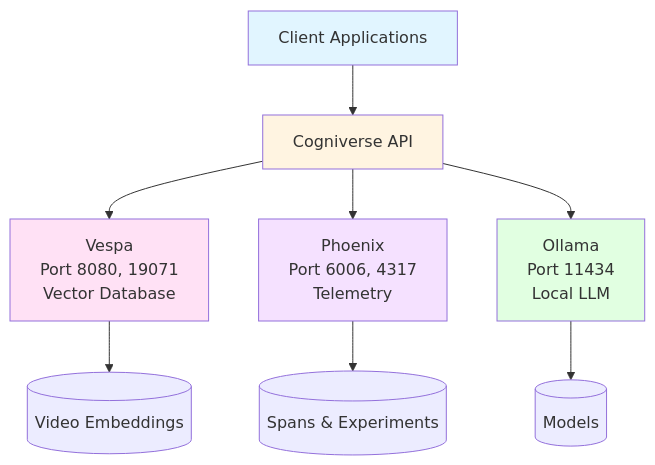
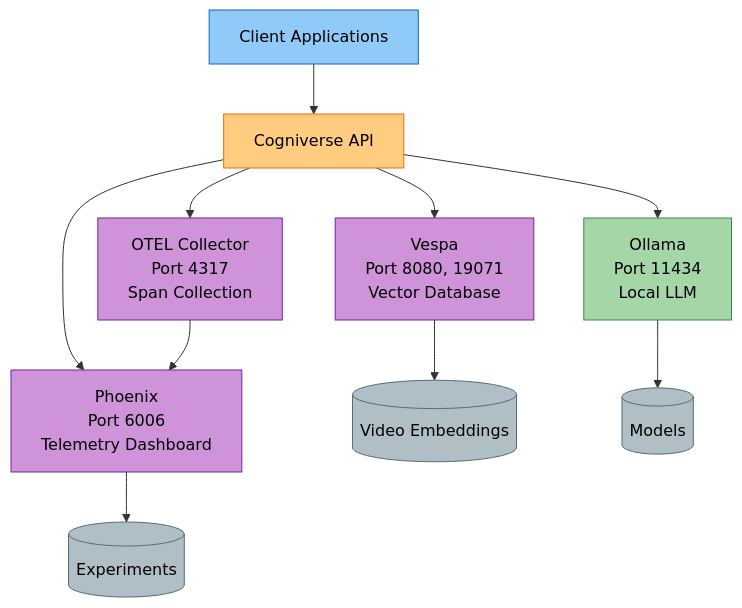
The diagram in docs/operations/deployment.md (amit-jain/cogniverse), drawn with Mermaid before and after one commit. The commit also changed other lines of this file and 83 other files, not shown here.

First line of the commit message:
Fix documentation veracity, formatting, and diagrams across all modules

````diff
--- a/docs/operations/deployment.md
+++ b/docs/operations/deployment.md
@@ -25,20 +25,26 @@
 ```mermaid
-graph TB
-    Client[Client Applications]
+flowchart TB
+    Client["<span style='color:#000'>Client Applications</span>"]
 
-    Client --> API[Cogniverse API]
+    Client --> API["<span style='color:#000'>Cogniverse API</span>"]
 
-    API --> Vespa[Vespa<br/>Port 8080, 19071<br/>Vector Database]
-    API --> Phoenix[Phoenix<br/>Port 6006, 4317<br/>Telemetry]
-    API --> Ollama[Ollama<br/>Port 11434<br/>Local LLM]
+    API --> Vespa["<span style='color:#000'>Vespa<br/>Port 8080, 19071<br/>Vector Database</span>"]
+    API --> Phoenix["<span style='color:#000'>Phoenix<br/>Port 6006<br/>Telemetry Dashboard</span>"]
+    API --> OTEL["<span style='color:#000'>OTEL Collector<br/>Port 4317<br/>Span Collection</span>"]
+    API --> Ollama["<span style='color:#000'>Ollama<br/>Port 11434<br/>Local LLM</span>"]
 
-    Vespa --> VespaData[(Video Embeddings)]
-    Phoenix --> PhoenixData[(Spans & Experiments)]
-    Ollama --> OllamaData[(Models)]
+    Vespa --> VespaData[("<span style='color:#000'>Video Embeddings</span>")]
+    Phoenix --> PhoenixData[("<span style='color:#000'>Experiments</span>")]
+    OTEL --> Phoenix
+    Ollama --> OllamaData[("<span style='color:#000'>Models</span>")]
 
-    style Client fill:#e1f5ff
-    style API fill:#fff4e1
-    style Vespa fill:#ffe1f5
-    style Phoenix fill:#f5e1ff
-    style Ollama fill:#e1ffe1
+    style Client fill:#90caf9,stroke:#1565c0,color:#000
+    style API fill:#ffcc80,stroke:#ef6c00,color:#000
+    style Vespa fill:#ce93d8,stroke:#7b1fa2,color:#000
+    style Phoenix fill:#ce93d8,stroke:#7b1fa2,color:#000
+    style OTEL fill:#ce93d8,stroke:#7b1fa2,color:#000
+    style Ollama fill:#a5d6a7,stroke:#388e3c,color:#000
+    style VespaData fill:#b0bec5,stroke:#546e7a,color:#000
+    style PhoenixData fill:#b0bec5,stroke:#546e7a,color:#000
+    style OllamaData fill:#b0bec5,stroke:#546e7a,color:#000
 ```
````
